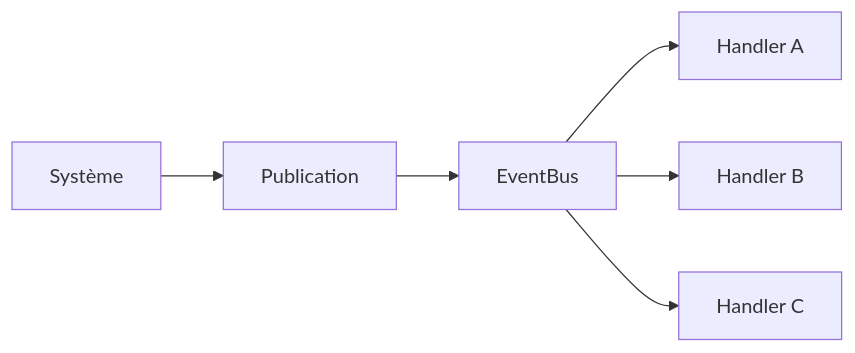
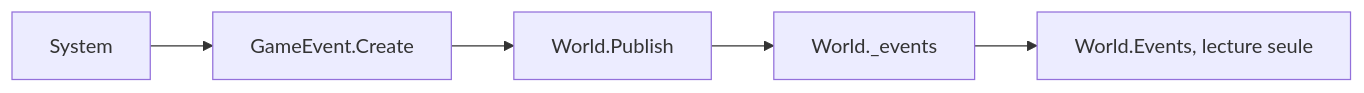
Before and after one commit to leseke/CHRONIQUES: the diagram in ENGINE/ENGINE-001-EventBus.md, drawn with Mermaid. The commit also changed other lines of this file and 507 other files, not shown here.

````diff
--- a/ENGINE/ENGINE-001-EventBus.md
+++ b/ENGINE/ENGINE-001-EventBus.md
@@ -105,14 +91,8 @@
 ```mermaid
 flowchart LR
 
-A[Système]
-    --> B[Publication]
-
-B --> C[EventBus]
-
-C --> D[Handler A]
-
-C --> E[Handler B]
-
-C --> F[Handler C]
+A[System] --> B[GameEvent.Create]
+B --> C[World.Publish]
+C --> D[World._events]
+D --> E[World.Events, lecture seule]
 ```
````
